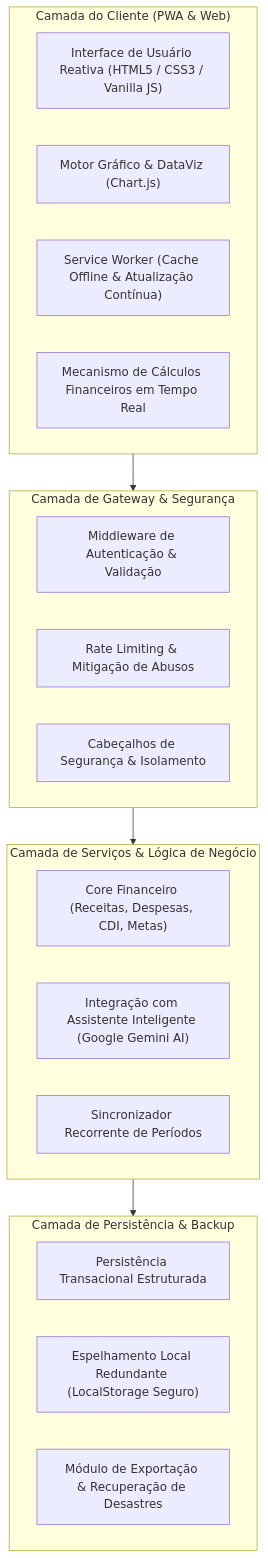
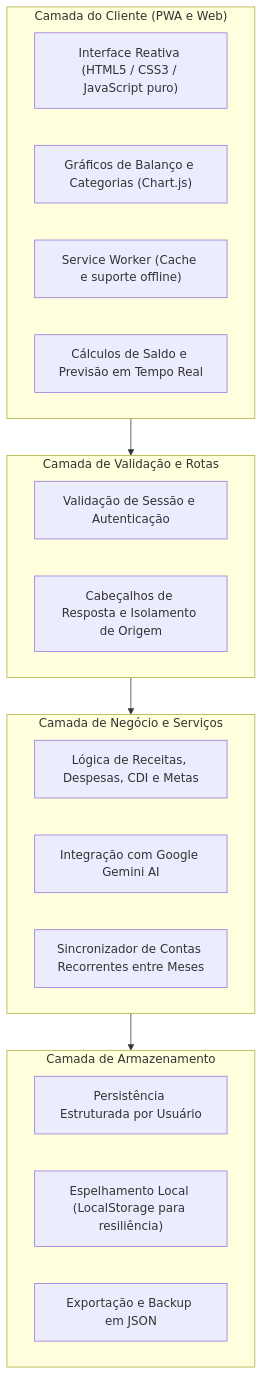
One commit to robsonlllourenco/NexFinance changed the diagram in docs/architecture.md. Above: the diagram before and after it, drawn with Mermaid. The commit also changed other lines of this file and 2 other files, not shown here.

Commit message:
docs: ajuste de tom de voz, remocao de emojis e inclusao do link real do sistema

````diff
--- a/docs/architecture.md
+++ b/docs/architecture.md
@@ -11,31 +11,30 @@
 ```mermaid
 flowchart TD
-    subgraph ClientLayer [" Camada do Cliente (PWA & Web) "]
-        UI["Interface de Usuário Reativa (HTML5 / CSS3 / Vanilla JS)"]
-        Charts["Motor Gráfico & DataViz (Chart.js)"]
-        SW["Service Worker (Cache Offline & Atualização Contínua)"]
-        Calc["Mecanismo de Cálculos Financeiros em Tempo Real"]
+    subgraph ClientLayer [" Camada do Cliente (PWA e Web) "]
+        UI["Interface Reativa (HTML5 / CSS3 / JavaScript puro)"]
+        Charts["Gráficos de Balanço e Categorias (Chart.js)"]
+        SW["Service Worker (Cache e suporte offline)"]
+        Calc["Cálculos de Saldo e Previsão em Tempo Real"]
     end
 
-    subgraph GatewayLayer [" Camada de Gateway & Segurança "]
-        AuthMiddle["Middleware de Autenticação & Validação"]
-        RateLimit["Rate Limiting & Mitigação de Abusos"]
-        SecHeaders["Cabeçalhos de Segurança & Isolamento"]
+    subgraph GatewayLayer [" Camada de Validação e Rotas "]
+        AuthMiddle["Validação de Sessão e Autenticação"]
+        SecHeaders["Cabeçalhos de Resposta e Isolamento de Origem"]
     end
 
-    subgraph ServiceLayer [" Camada de Serviços & Lógica de Negócio "]
-        FinanceCore["Core Financeiro (Receitas, Despesas, CDI, Metas)"]
-        AIEngine["Integração com Assistente Inteligente (Google Gemini AI)"]
-        SyncEngine["Sincronizador Recorrente de Períodos"]
+    subgraph ServiceLayer [" Camada de Negócio e Serviços "]
+        FinanceCore["Lógica de Receitas, Despesas, CDI e Metas"]
+        AIEngine["Integração com Google Gemini AI"]
+        SyncEngine["Sincronizador de Contas Recorrentes entre Meses"]
     end
 
-    subgraph PersistenceLayer [" Camada de Persistência & Backup "]
-        DataStore["Persistência Transacional Estruturada"]
-        OfflineMirror["Espelhamento Local Redundante (LocalStorage Seguro)"]
-        BackupModule["Módulo de Exportação & Recuperação de Desastres"]
+    subgraph PersistenceLayer [" Camada de Armazenamento "]
+        DataStore["Persistência Estruturada por Usuário"]
+        OfflineMirror["Espelhamento Local (LocalStorage para resiliência)"]
+        BackupModule["Exportação e Backup em JSON"]
     end
 
     ClientLayer --> GatewayLayer
     GatewayLayer --> ServiceLayer
     ServiceLayer --> PersistenceLayer
 ```
````
